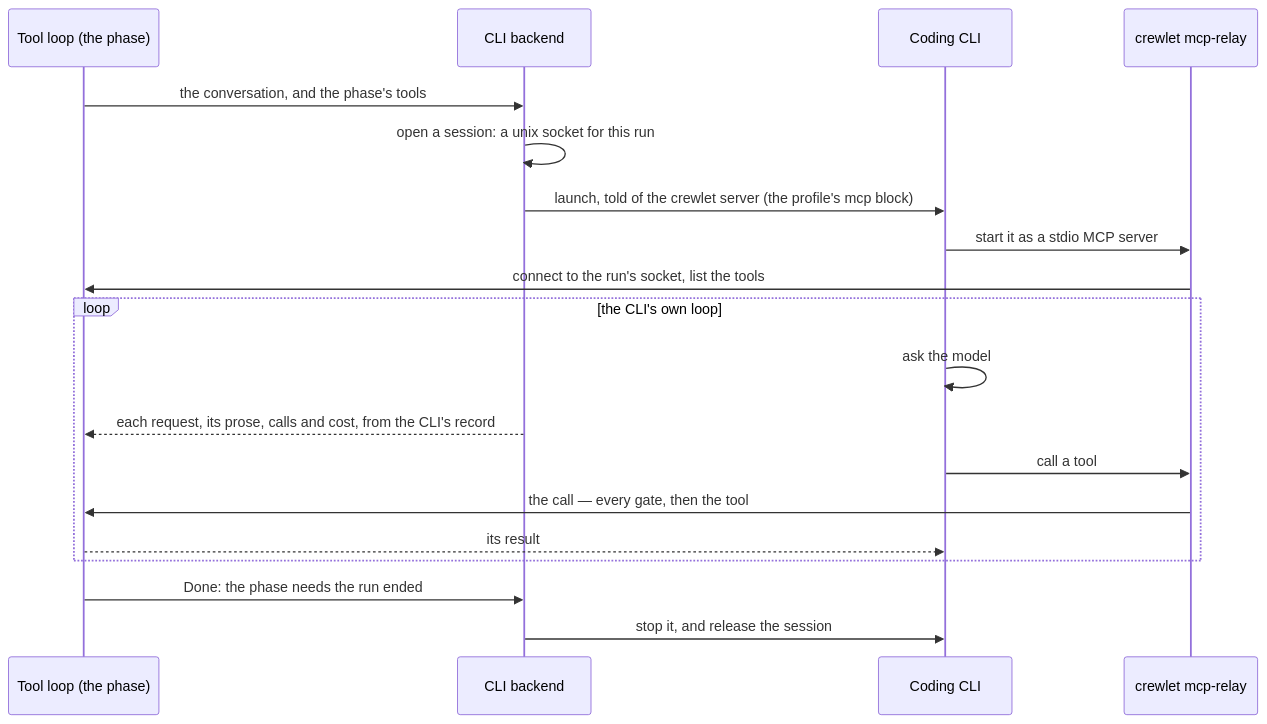
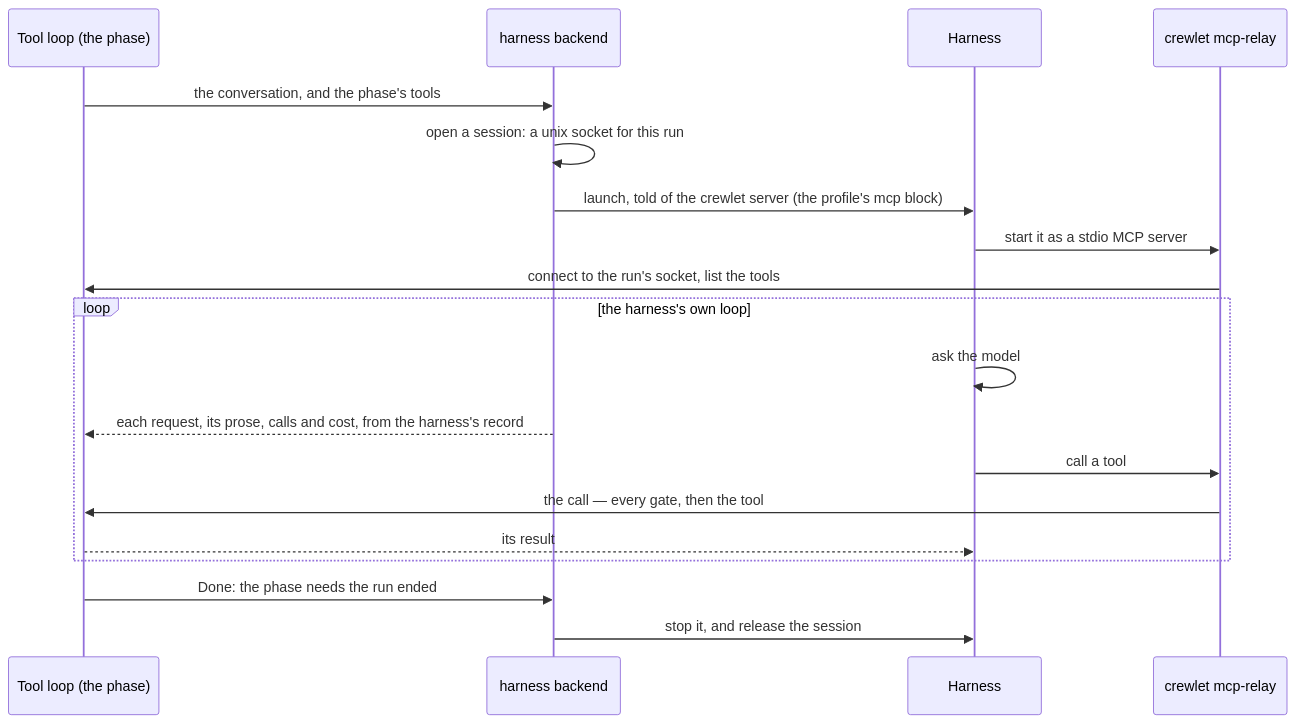
Before and after one commit to crewlet/crewlet: the second of 2 diagrams in docs/concepts/llm-backends.md, drawn with Mermaid. The commit also changed other lines of this file and 64 other files, not shown here.

First line of the commit message:
docs(docs): say harness where the docs said coding CLI

````diff
--- a/docs/concepts/llm-backends.md
+++ b/docs/concepts/llm-backends.md
@@ -1916,21 +1916,21 @@
 ```mermaid
 sequenceDiagram
     participant L as Tool loop (the phase)
-    participant B as CLI backend
-    participant C as Coding CLI
+    participant B as harness backend
+    participant C as Harness
     participant R as crewlet mcp-relay
     L->>B: the conversation, and the phase's tools
     B->>B: open a session: a unix socket for this run
     B->>C: launch, told of the crewlet server (the profile's mcp block)
     C->>R: start it as a stdio MCP server
     R->>L: connect to the run's socket, list the tools
-    loop the CLI's own loop
+    loop the harness's own loop
         C->>C: ask the model
-        B-->>L: each request, its prose, calls and cost, from the CLI's record
+        B-->>L: each request, its prose, calls and cost, from the harness's record
         C->>R: call a tool
         R->>L: the call — every gate, then the tool
         L-->>C: its result
     end
     L->>B: Done: the phase needs the run ended
     B->>C: stop it, and release the session
 ```
````
